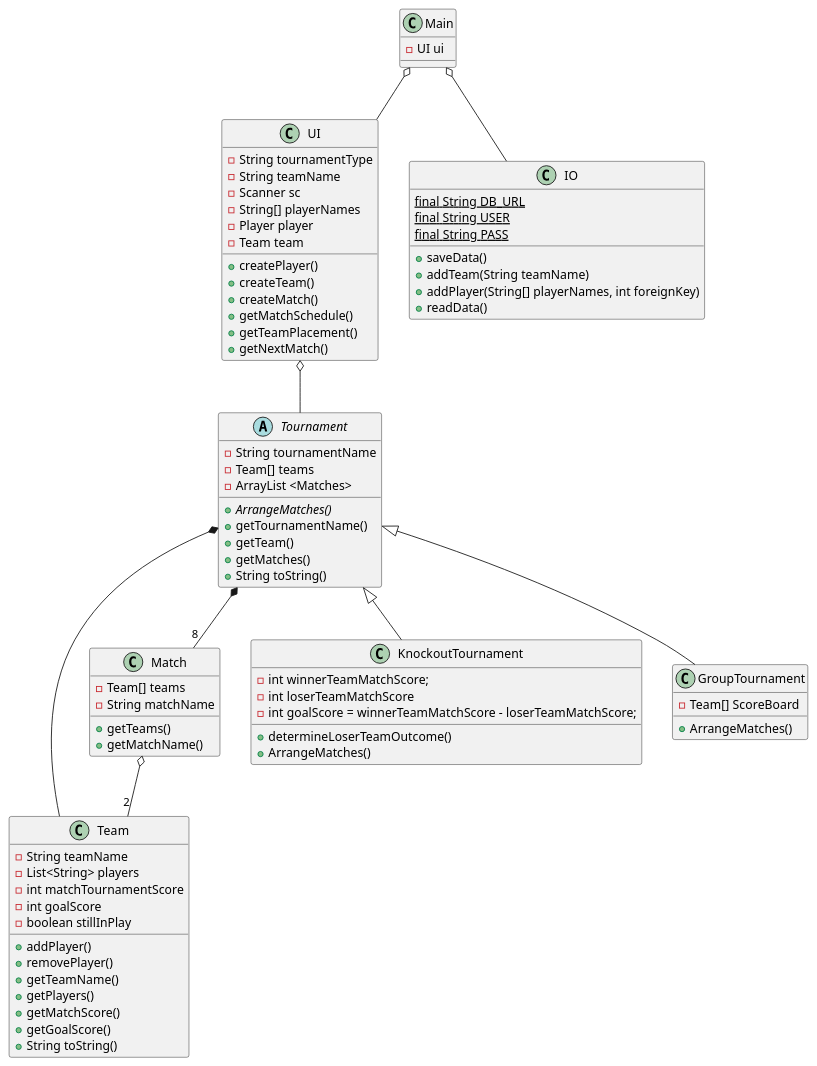
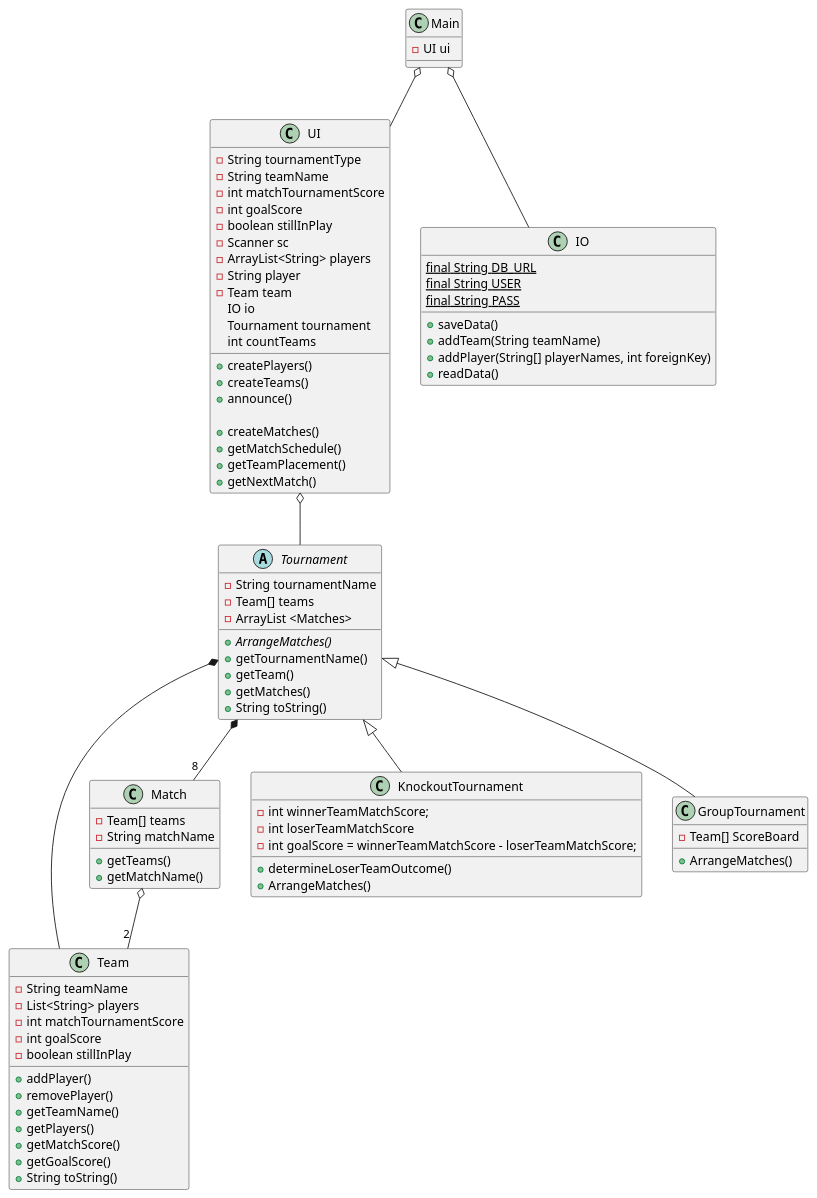
One commit to DeRp-DaWg/SP3 changed the diagram in doc/Class.puml. Above: the diagram before and after it, drawn with PlantUML.

```diff
--- a/doc/Class.puml
+++ b/doc/Class.puml
@@ -1,88 +1,96 @@
 @startuml
 'https://plantuml.com/class-diagram
 
 class Main{
 -UI ui
 }
 
 
 class Team {
 -String teamName
 -List<String> players
 -int matchTournamentScore
 -int goalScore
 -boolean stillInPlay
 +addPlayer()
 +removePlayer()
 +getTeamName()
 +getPlayers()
 +getMatchScore()
 +getGoalScore()
 +String toString()
 }
 
 class Match{
 -Team[] teams
 -String matchName
 +getTeams()
 +getMatchName()
 }
 
 abstract Tournament {
 -String tournamentName
 -Team[] teams
 -ArrayList <Matches>
 +{abstract}ArrangeMatches()
 +getTournamentName()
 +getTeam()
 +getMatches()
 +String toString()
 }
 
 class KnockoutTournament{
 -int winnerTeamMatchScore;
 -int loserTeamMatchScore
 -int goalScore = winnerTeamMatchScore - loserTeamMatchScore;
 +determineLoserTeamOutcome()
 +ArrangeMatches()
 }
 
 class GroupTournament{
 -Team[] ScoreBoard
 +ArrangeMatches()
 }
 
 class UI {
 -String tournamentType
 -String teamName
+-int matchTournamentScore
+-int goalScore
+-boolean stillInPlay
 -Scanner sc
--String[] playerNames
--Player player
+-ArrayList<String> players
+-String player
 -Team team
-+createPlayer()
-+createTeam()
-+createMatch()
+IO io
+Tournament tournament
+int countTeams
++createPlayers()
++createTeams()
++ announce()
+
++createMatches()
 +getMatchSchedule()
 +getTeamPlacement()
 +getNextMatch()
 }
 
 class IO {
 {static}final String DB_URL
 {static}final String USER
 {static}final String PASS
 +saveData()
 +addTeam(String teamName)
 +addPlayer(String[] playerNames, int foreignKey)
 +readData()
 }
 
 UI o-- Tournament
 Main o-- IO
 Tournament *-- "8" Match
 Tournament *-- Team
 Match o-- "2" Team
 Tournament <|-- KnockoutTournament
 Tournament <|-- GroupTournament
 Main o-- UI
 @enduml
```
